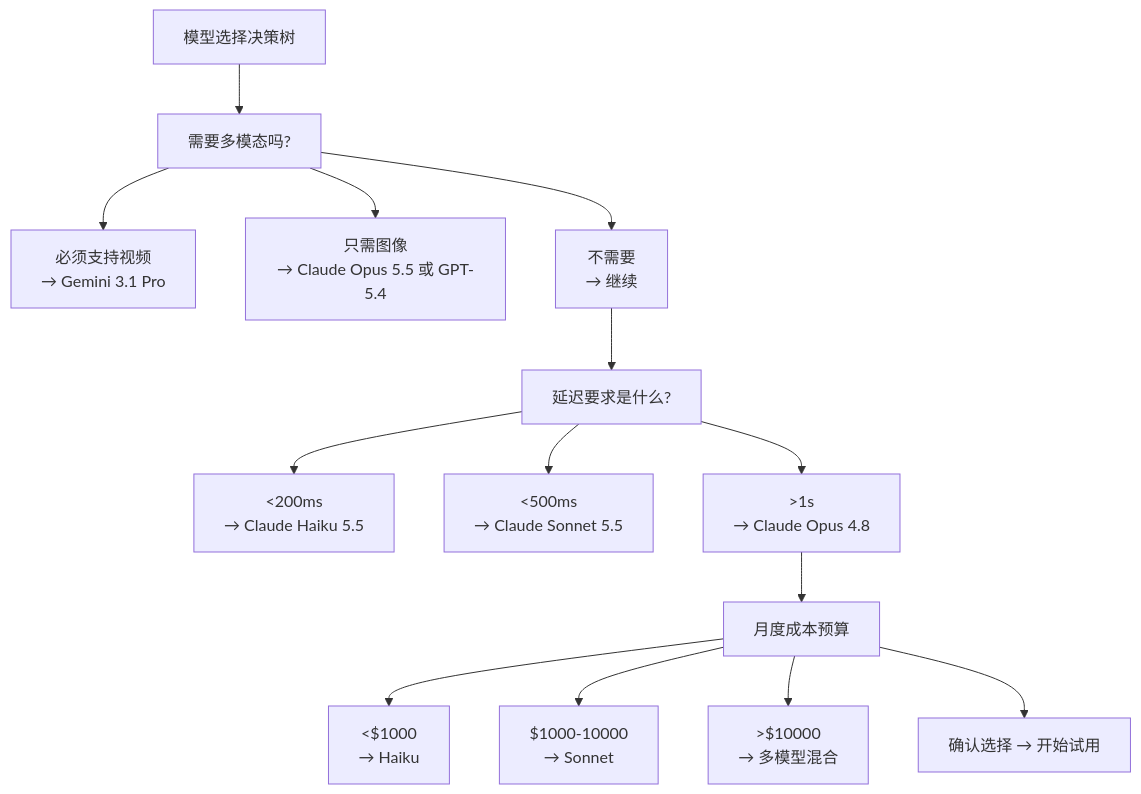
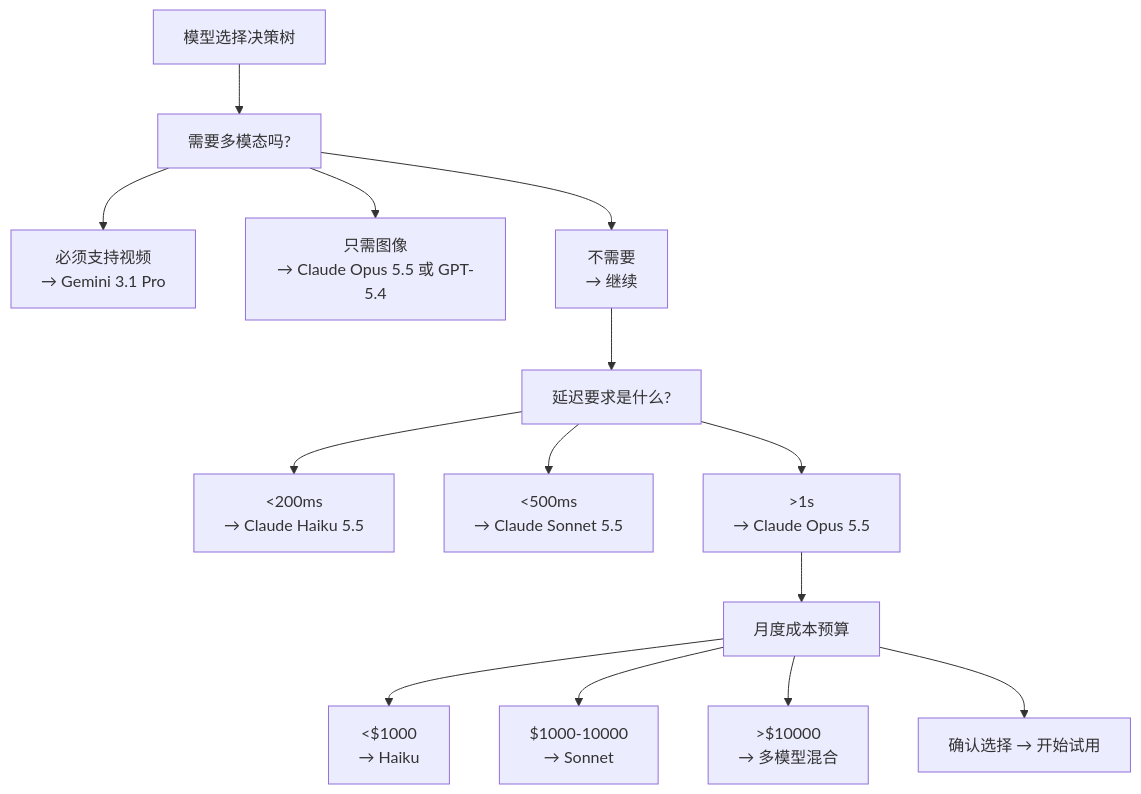
Before and after one commit to yeasy/claude_guide: the first of 3 diagrams in 12_appendix/12.6_model_comparison.md, drawn with Mermaid. The commit also changed other lines of this file and 14 other files, not shown here.

````diff
--- a/12_appendix/12.6_model_comparison.md
+++ b/12_appendix/12.6_model_comparison.md
@@ -558,34 +558,34 @@
 ```mermaid
 graph TD
     A["模型选择决策树"]
     B["需要多模态吗?"]
     B1["必须支持视频<br/>→ Gemini 3.1 Pro"]
     B2["只需图像<br/>→ Claude Opus 5.5 或 GPT-5.4"]
     B3["不需要<br/>→ 继续"]
 
     C["延迟要求是什么?"]
     C1["<200ms<br/>→ Claude Haiku 5.5"]
     C2["<500ms<br/>→ Claude Sonnet 5.5"]
-    C3[">1s<br/>→ Claude Opus 4.8"]
+    C3[">1s<br/>→ Claude Opus 5.5"]
 
     D["月度成本预算"]
     D1["<$1000<br/>→ Haiku"]
     D2["$1000-10000<br/>→ Sonnet"]
     D3[">$10000<br/>→ 多模型混合"]
 
     E["确认选择 → 开始试用"]
 
     A --> B
     B --> B1
     B --> B2
     B --> B3
     B3 --> C
     C --> C1
     C --> C2
     C --> C3
     C3 --> D
     D --> D1
     D --> D2
     D --> D3
     D --> E
 ```
````
